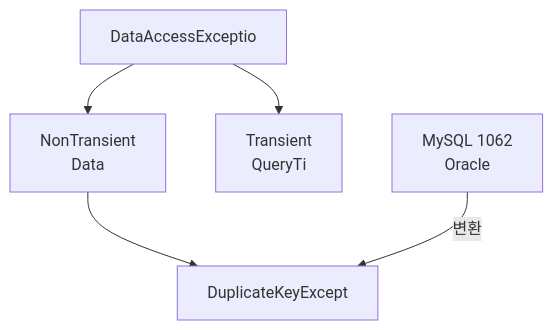
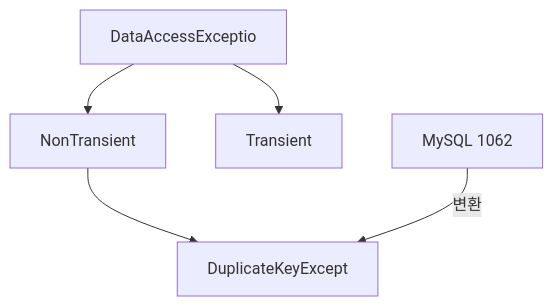
Before and after one commit to yjkim2015/yjkim2015.github.io: the fourth of 7 diagrams in _posts/spring/2026-05-02-spring6-principles.md, drawn with Mermaid. The commit also changed other lines of this file and 217 other files, not shown here.

First line of the commit message:
Mermaid 크기 수정: useMaxWidth:true + SVG max-width:100% + 라벨 축소

````diff
--- a/_posts/spring/2026-05-02-spring6-principles.md
+++ b/_posts/spring/2026-05-02-spring6-principles.md
@@ -296,7 +296,7 @@
 ```mermaid
 graph TD
-    A["DataAccessExceptio"] --> B["NonTransient\nData"]
-    A --> C["Transient\nQueryTi"]
+    A["DataAccessExceptio"] --> B["NonTransient"]
+    A --> C["Transient"]
     B --> D["DuplicateKeyExcept"]
-    E["MySQL 1062\nOracle"] -->|"변환"| D
+    E["MySQL 1062"] -->|"변환"| D
 ```
````
